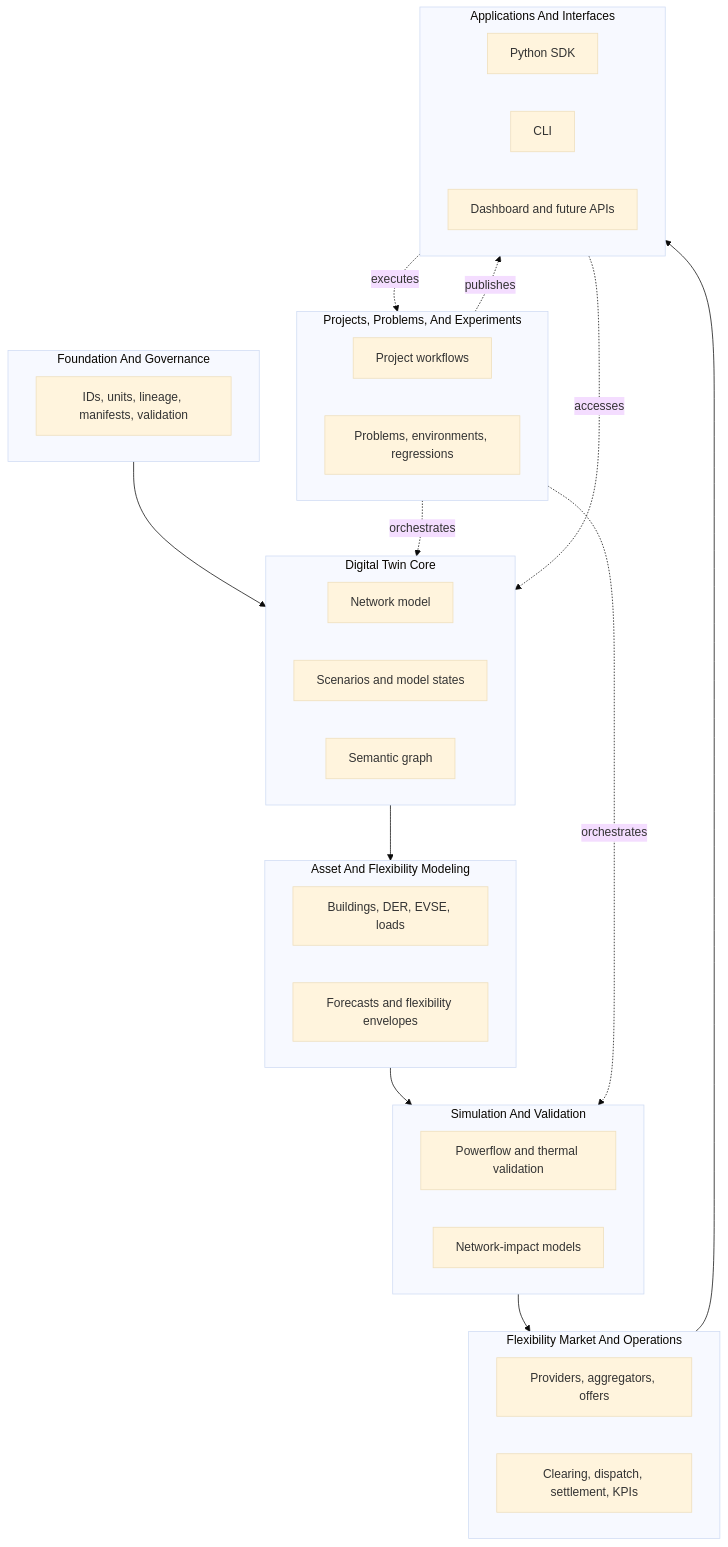
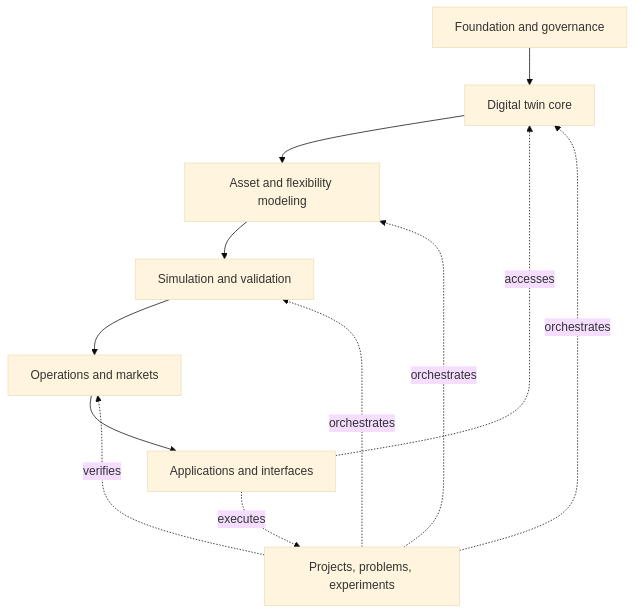
The diagram in docs/platform/capability-architecture.md (lirei-lab/gridalyn), drawn with Mermaid (base theme) before and after one commit. The commit also changed other lines of this file and 31 other files, not shown here.

First line of the commit message:
Refactor project contracts and documentation to enhance model clarity and remove explicit space definitions

````diff
--- a/docs/platform/capability-architecture.md
+++ b/docs/platform/capability-architecture.md
@@ -22,49 +20,22 @@
 ```mermaid
 flowchart TB
-  subgraph G[Foundation And Governance]
-    gv[IDs, units, lineage, manifests, validation]
-  end
+  foundation[Foundation and governance]
+  twin[Digital twin core]
+  assets[Asset and flexibility modeling]
+  simulation[Simulation and validation]
+  operations[Operations and markets]
+  projects[Projects, problems, experiments]
+  interfaces[Applications and interfaces]
 
-  subgraph F[Digital Twin Core]
-    nm[Network model]
-    sm[Scenarios and model states]
-    sg[Semantic graph]
-  end
-
-  subgraph E[Asset And Flexibility Modeling]
-    bm[Buildings, DER, EVSE, loads]
-    fm[Forecasts and flexibility envelopes]
-  end
-
-  subgraph D[Simulation And Validation]
-    pf[Powerflow and thermal validation]
-    ni[Network-impact models]
-  end
-
-  subgraph C[Flexibility Market And Operations]
-    mk[Providers, aggregators, offers]
-    op[Clearing, dispatch, settlement, KPIs]
-  end
-
-  subgraph B[Projects, Problems, And Experiments]
-    pr[Project workflows]
-    ex[Problems, environments, regressions]
-  end
-
-  subgraph A[Applications And Interfaces]
-    sdk[Python SDK]
-    cli[CLI]
-    dash[Dashboard and future APIs]
-  end
-
-  G --> F
-  F --> E
-  E --> D
-  D --> C
-  B -. orchestrates .-> F
-  B -. orchestrates .-> D
-  B -. publishes .-> A
-  A -. accesses .-> F
-  A -. executes .-> B
-  C --> A
+  foundation --> twin
+  twin --> assets
+  assets --> simulation
+  simulation --> operations
+  projects -. orchestrates .-> twin
+  projects -. orchestrates .-> assets
+  projects -. orchestrates .-> simulation
+  projects -. verifies .-> operations
+  interfaces -. accesses .-> twin
+  interfaces -. executes .-> projects
+  operations --> interfaces
 ```
````
